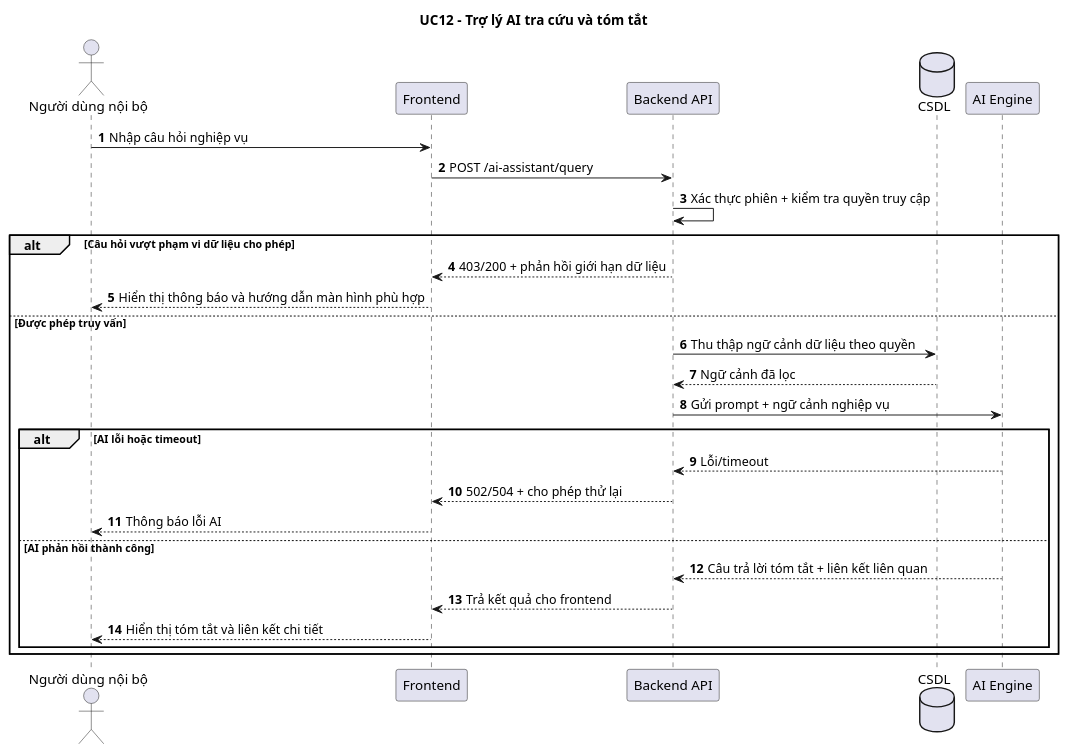
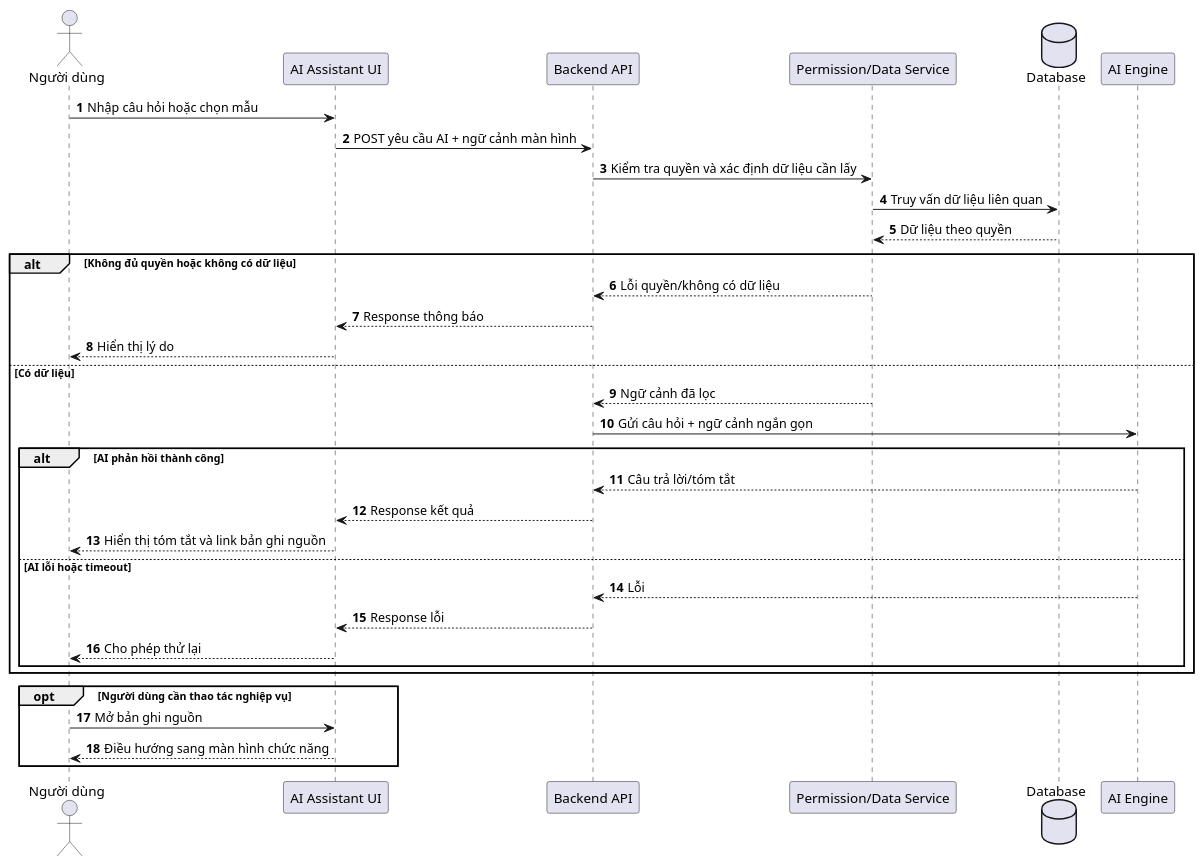
Before and after one commit to Dinhpham04/DA-KLTN_HOTEL_MANAGEMENT: the diagram in docs/sequence_diagram/uc12-ai-assistant-sequence.puml, drawn with PlantUML. The commit also changed 92 other files, not shown here.

```diff
--- a/docs/sequence_diagram/uc12-ai-assistant-sequence.puml
+++ b/docs/sequence_diagram/uc12-ai-assistant-sequence.puml
@@ -1,34 +1,40 @@
 @startuml uc12_ai_assistant_sequence
-title UC12 - Trợ lý AI tra cứu và tóm tắt
 autonumber
 
-actor "Người dùng nội bộ" as User
-participant "Frontend" as FE
-participant "Backend API" as BE
-database "CSDL" as DB
+actor "Người dùng" as User
+participant "AI Assistant UI" as FE
+participant "Backend API" as API
+participant "Permission/Data Service" as DataSvc
+database "Database" as DB
 participant "AI Engine" as AI
 
-User -> FE: Nhập câu hỏi nghiệp vụ
-FE -> BE: POST /ai-assistant/query
-BE -> BE: Xác thực phiên + kiểm tra quyền truy cập
+User -> FE: Nhập câu hỏi hoặc chọn mẫu
+FE -> API: POST yêu cầu AI + ngữ cảnh màn hình
+API -> DataSvc: Kiểm tra quyền và xác định dữ liệu cần lấy
+DataSvc -> DB: Truy vấn dữ liệu liên quan
+DB --> DataSvc: Dữ liệu theo quyền
 
-alt Câu hỏi vượt phạm vi dữ liệu cho phép
-  BE --> FE: 403/200 + phản hồi giới hạn dữ liệu
-  FE --> User: Hiển thị thông báo và hướng dẫn màn hình phù hợp
-else Được phép truy vấn
-  BE -> DB: Thu thập ngữ cảnh dữ liệu theo quyền
-  DB --> BE: Ngữ cảnh đã lọc
-  BE -> AI: Gửi prompt + ngữ cảnh nghiệp vụ
-
-  alt AI lỗi hoặc timeout
-    AI --> BE: Lỗi/timeout
-    BE --> FE: 502/504 + cho phép thử lại
-    FE --> User: Thông báo lỗi AI
-  else AI phản hồi thành công
-    AI --> BE: Câu trả lời tóm tắt + liên kết liên quan
-    BE --> FE: Trả kết quả cho frontend
-    FE --> User: Hiển thị tóm tắt và liên kết chi tiết
+alt Không đủ quyền hoặc không có dữ liệu
+  DataSvc --> API: Lỗi quyền/không có dữ liệu
+  API --> FE: Response thông báo
+  FE --> User: Hiển thị lý do
+else Có dữ liệu
+  DataSvc --> API: Ngữ cảnh đã lọc
+  API -> AI: Gửi câu hỏi + ngữ cảnh ngắn gọn
+  alt AI phản hồi thành công
+    AI --> API: Câu trả lời/tóm tắt
+    API --> FE: Response kết quả
+    FE --> User: Hiển thị tóm tắt và link bản ghi nguồn
+  else AI lỗi hoặc timeout
+    AI --> API: Lỗi
+    API --> FE: Response lỗi
+    FE --> User: Cho phép thử lại
   end
 end
 
+opt Người dùng cần thao tác nghiệp vụ
+  User -> FE: Mở bản ghi nguồn
+  FE --> User: Điều hướng sang màn hình chức năng
+end
+
 @enduml
```
